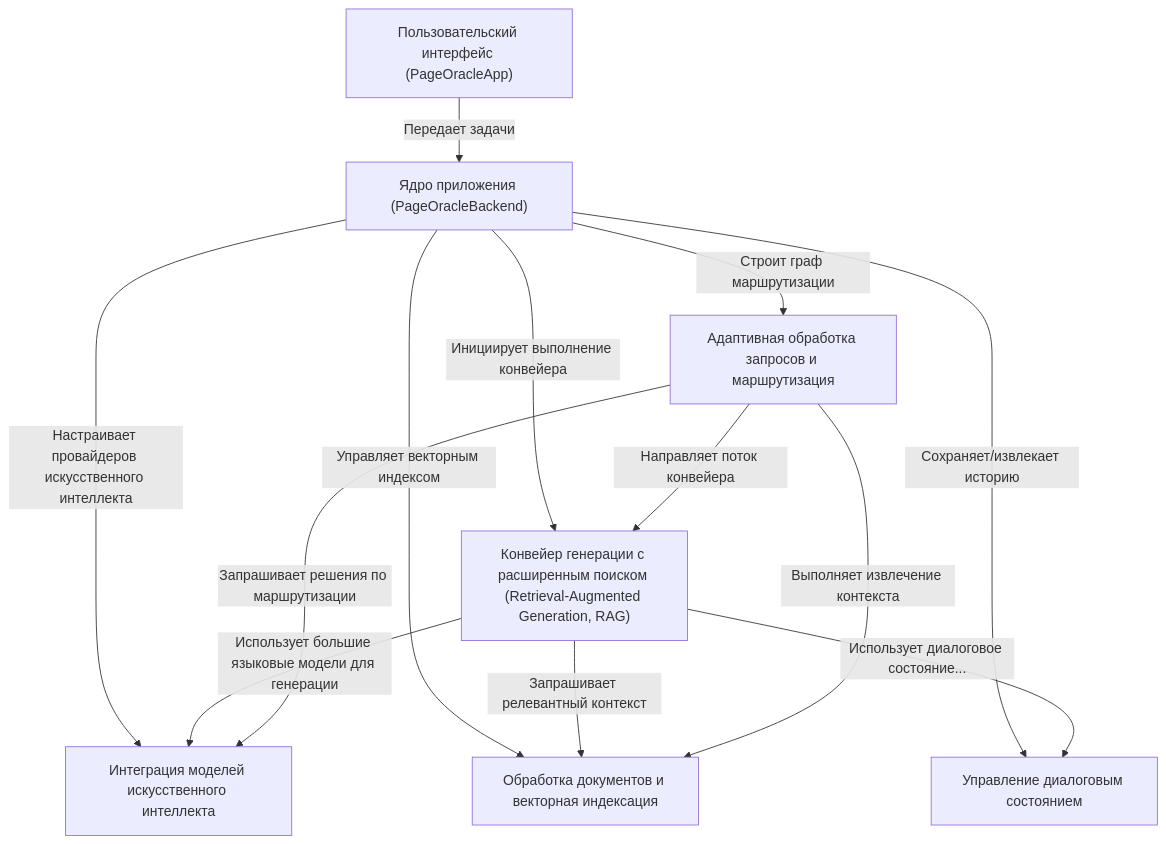
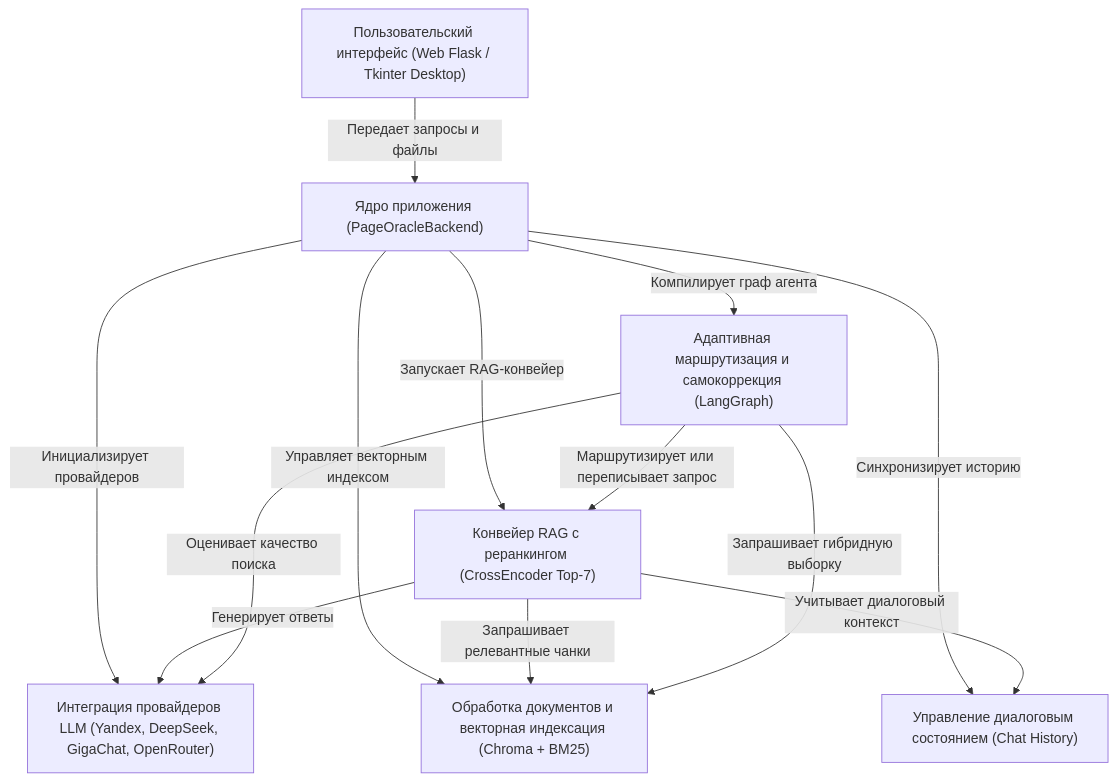
Before and after one commit to mrzolz19/pageoracle: the diagram in README.md, drawn with Mermaid. The commit also changed other lines of this file, not shown here.

````diff
--- a/README.md
+++ b/README.md
@@ -7,29 +59,23 @@
 ```mermaid
 flowchart TD
-    A0["Пользовательский интерфейс (PageOracleApp)
-"]
-    A1["Ядро приложения (PageOracleBackend)
-"]
-    A2["Интеграция моделей искусственного интеллекта
-"]
-    A3["Обработка документов и векторная индексация
-"]
-    A4["Конвейер генерации с расширенным поиском (Retrieval-Augmented Generation, RAG)
-"]
-    A5["Управление диалоговым состоянием
-"]
-    A6["Адаптивная обработка запросов и маршрутизация
-"]
-    A0 -- "Передает задачи" --> A1
-    A1 -- "Настраивает провайдеров искусственного интеллекта" --> A2
+    A0["Пользовательский интерфейс (Web Flask / Tkinter Desktop)"]
+    A1["Ядро приложения (PageOracleBackend)"]
+    A2["Интеграция провайдеров LLM (Yandex, DeepSeek, GigaChat, OpenRouter)"]
+    A3["Обработка документов и векторная индексация (Chroma + BM25)"]
+    A4["Конвейер RAG с реранкингом (CrossEncoder Top-7)"]
+    A5["Управление диалоговым состоянием (Chat History)"]
+    A6["Адаптивная маршрутизация и самокоррекция (LangGraph)"]
+
+    A0 -- "Передает запросы и файлы" --> A1
+    A1 -- "Инициализирует провайдеров" --> A2
     A1 -- "Управляет векторным индексом" --> A3
-    A1 -- "Инициирует выполнение конвейера" --> A4
-    A1 -- "Сохраняет/извлекает историю" --> A5
-    A1 -- "Строит граф маршрутизации" --> A6
-    A4 -- "Использует большие языковые модели для генерации" --> A2
-    A4 -- "Запрашивает релевантный контекст" --> A3
-    A4 -- "Использует диалоговое состояние..." --> A5
-    A6 -- "Запрашивает решения по маршрутизации" --> A2
-    A6 -- "Выполняет извлечение контекста" --> A3
-    A6 -- "Направляет поток конвейера" --> A4
+    A1 -- "Запускает RAG-конвейер" --> A4
+    A1 -- "Синхронизирует историю" --> A5
+    A1 -- "Компилирует граф агента" --> A6
+    A4 -- "Генерирует ответы" --> A2
+    A4 -- "Запрашивает релевантные чанки" --> A3
+    A4 -- "Учитывает диалоговый контекст" --> A5
+    A6 -- "Оценивает качество поиска" --> A2
+    A6 -- "Запрашивает гибридную выборку" --> A3
+    A6 -- "Маршрутизирует или переписывает запрос" --> A4
 ```
````
